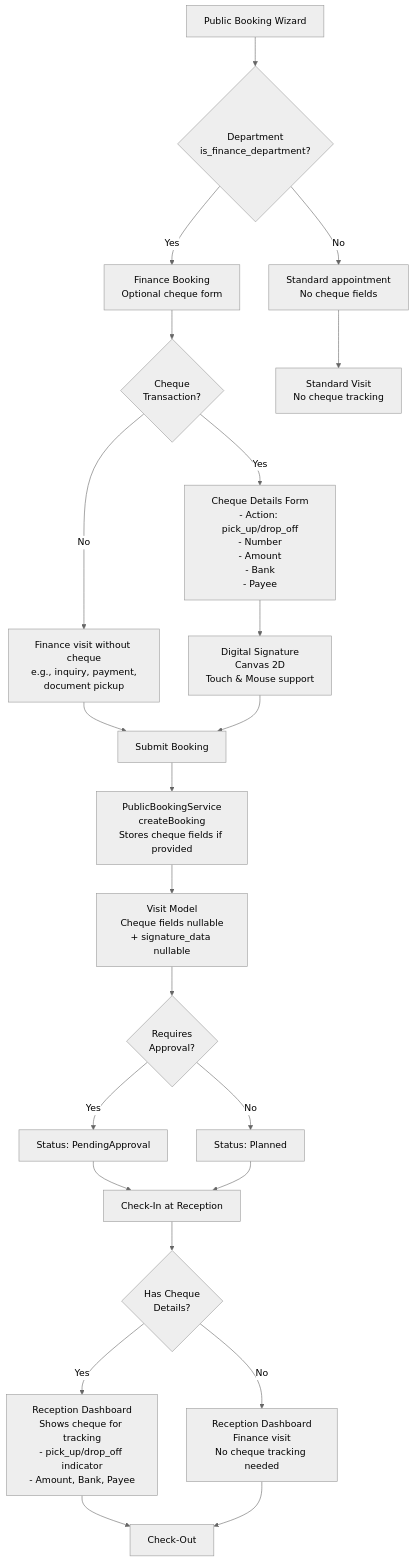
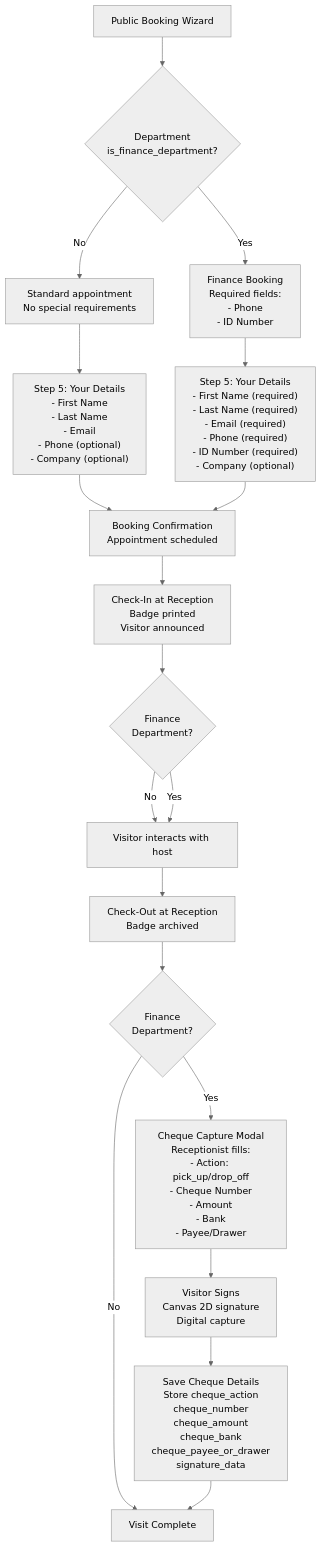
One commit to Machogu001/visitors changed the fourth of 8 diagrams in docs/architecture-diagrams.md. Above: the diagram before and after it, drawn with Mermaid (neutral theme). The commit also changed other lines of this file, not shown here.

Commit message:
Update architecture diagram: refactor cheque workflow to check-out phase
- Visitor provides ID number and phone at booking (finance dept requirement)
- Cheque details (action, amount, bank, payee) captured at check-out time
- Receptionist obtains visitor signature during check-out process
- Clearer separation of booking and transaction capture phases

````diff
--- a/docs/architecture-diagrams.md
+++ b/docs/architecture-diagrams.md
@@ -175,40 +175,36 @@
 ```mermaid
 graph TD
     BOOK["Public Booking Wizard"]
     
     BOOK --> DEPT{Department<br/>is_finance_department?}
     
-    DEPT -->|No| STD["Standard appointment<br/>No cheque fields"]
-    DEPT -->|Yes| FIN_BOOK["Finance Booking<br/>Optional cheque form"]
+    DEPT -->|No| STD["Standard appointment<br/>No special requirements"]
+    DEPT -->|Yes| FIN_BOOK["Finance Booking<br/>Required fields:<br/>- Phone<br/>- ID Number"]
     
-    FIN_BOOK --> CHEQUE_OPT{Cheque<br/>Transaction?}
+    STD --> STEP5["Step 5: Your Details<br/>- First Name<br/>- Last Name<br/>- Email<br/>- Phone (optional)<br/>- Company (optional)"]
     
-    CHEQUE_OPT -->|No| NO_CHEQUE["Finance visit without cheque<br/>e.g., inquiry, payment,<br/>document pickup"]
-    CHEQUE_OPT -->|Yes| CHEQUE_FORM["Cheque Details Form<br/>- Action: pick_up/drop_off<br/>- Number<br/>- Amount<br/>- Bank<br/>- Payee"]
+    FIN_BOOK --> STEP5_FIN["Step 5: Your Details<br/>- First Name (required)<br/>- Last Name (required)<br/>- Email (required)<br/>- Phone (required)<br/>- ID Number (required)<br/>- Company (optional)"]
     
-    NO_CHEQUE --> SUBMIT["Submit Booking"]
-    CHEQUE_FORM --> SIG["Digital Signature<br/>Canvas 2D<br/>Touch & Mouse support"]
-    SIG --> SUBMIT
+    STEP5 --> CONFIRM["Booking Confirmation<br/>Appointment scheduled"]
+    STEP5_FIN --> CONFIRM
     
-    SUBMIT --> RECORD["PublicBookingService<br/>createBooking<br/>Stores cheque fields if provided"]
+    CONFIRM --> CHECKIN["Check-In at Reception<br/>Badge printed<br/>Visitor announced"]
     
-    RECORD --> DB["Visit Model<br/>Cheque fields nullable<br/>+ signature_data nullable"]
+    CHECKIN --> WITH_DEPT{Finance<br/>Department?}
     
-    DB --> GATE{Requires<br/>Approval?}
+    WITH_DEPT -->|No| INTERACT["Visitor interacts with host"]
+    WITH_DEPT -->|Yes| INTERACT
     
-    GATE -->|Yes| PENDING["Status: PendingApproval"]
-    GATE -->|No| PLANNED["Status: Planned"]
+    INTERACT --> CHECKOUT["Check-Out at Reception<br/>Badge archived"]
     
-    PENDING --> CHECKIN["Check-In at Reception"]
-    PLANNED --> CHECKIN
+    CHECKOUT --> FINCHECK{Finance<br/>Department?}
     
-    CHECKIN --> WITH_CHEQUE{Has Cheque<br/>Details?}
+    FINCHECK -->|No| COMPLETE["Visit Complete"]
+    FINCHECK -->|Yes| CHEQUE_CAPTURE["Cheque Capture Modal<br/>Receptionist fills:<br/>- Action: pick_up/drop_off<br/>- Cheque Number<br/>- Amount<br/>- Bank<br/>- Payee/Drawer"]
     
-    WITH_CHEQUE -->|Yes| CHEQUE_DISPLAY["Reception Dashboard<br/>Shows cheque for tracking<br/>- pick_up/drop_off indicator<br/>- Amount, Bank, Payee"]
-    WITH_CHEQUE -->|No| NO_CHEQUE_DISPLAY["Reception Dashboard<br/>Finance visit<br/>No cheque tracking needed"]
+    CHEQUE_CAPTURE --> SIG["Visitor Signs<br/>Canvas 2D signature<br/>Digital capture"]
     
-    CHEQUE_DISPLAY --> CHECKOUT["Check-Out"]
-    NO_CHEQUE_DISPLAY --> CHECKOUT
+    SIG --> SAVE["Save Cheque Details<br/>Store cheque_action<br/>cheque_number<br/>cheque_amount<br/>cheque_bank<br/>cheque_payee_or_drawer<br/>signature_data"]
     
-    STD --> DONE["Standard Visit<br/>No cheque tracking"]
+    SAVE --> COMPLETE
 ```
````
